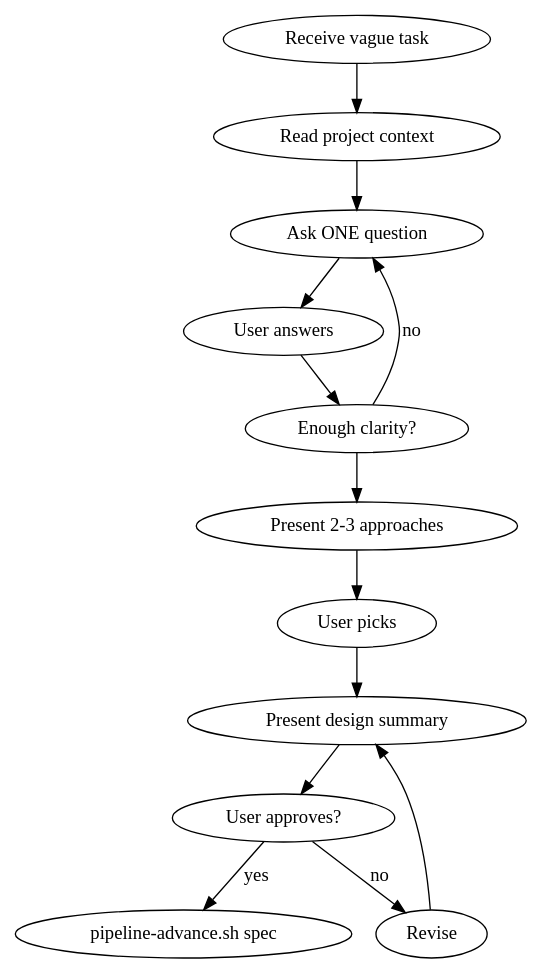
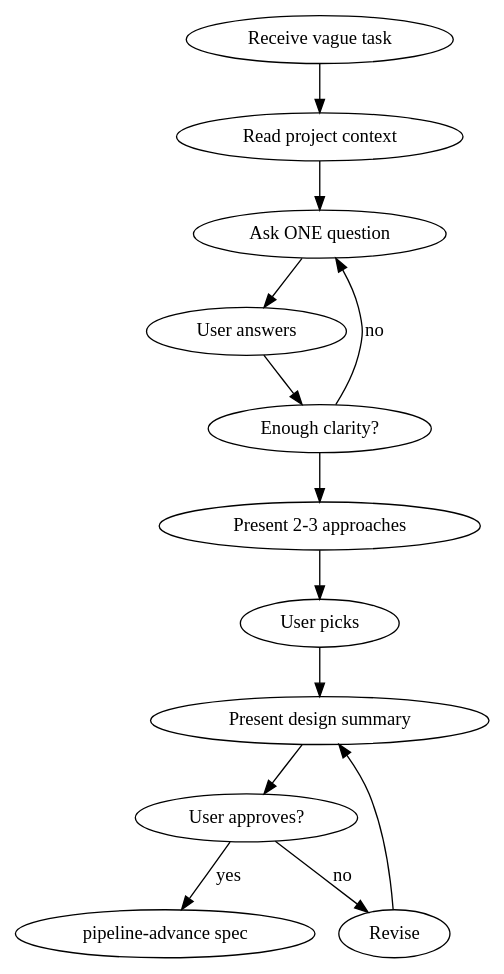
The diagram in skills/apd-brainstorm/SKILL.md (zstevovich/claude-apd), drawn with Graphviz before and after one commit. The commit also changed other lines of this file and 46 other files, not shown here.

````diff
--- a/skills/apd-brainstorm/SKILL.md
+++ b/skills/apd-brainstorm/SKILL.md
@@ -19,16 +19,16 @@
 ```dot
 digraph brainstorm {
     "Receive vague task" -> "Read project context";
     "Read project context" -> "Ask ONE question";
     "Ask ONE question" -> "User answers";
     "User answers" -> "Enough clarity?" [shape=diamond];
     "Enough clarity?" -> "Ask ONE question" [label="no"];
     "Enough clarity?" -> "Present 2-3 approaches";
     "Present 2-3 approaches" -> "User picks";
     "User picks" -> "Present design summary";
     "Present design summary" -> "User approves?" [shape=diamond];
     "User approves?" -> "Revise" [label="no"];
     "Revise" -> "Present design summary";
-    "User approves?" -> "pipeline-advance.sh spec" [label="yes"];
+    "User approves?" -> "pipeline-advance spec" [label="yes"];
 }
 ```
````
